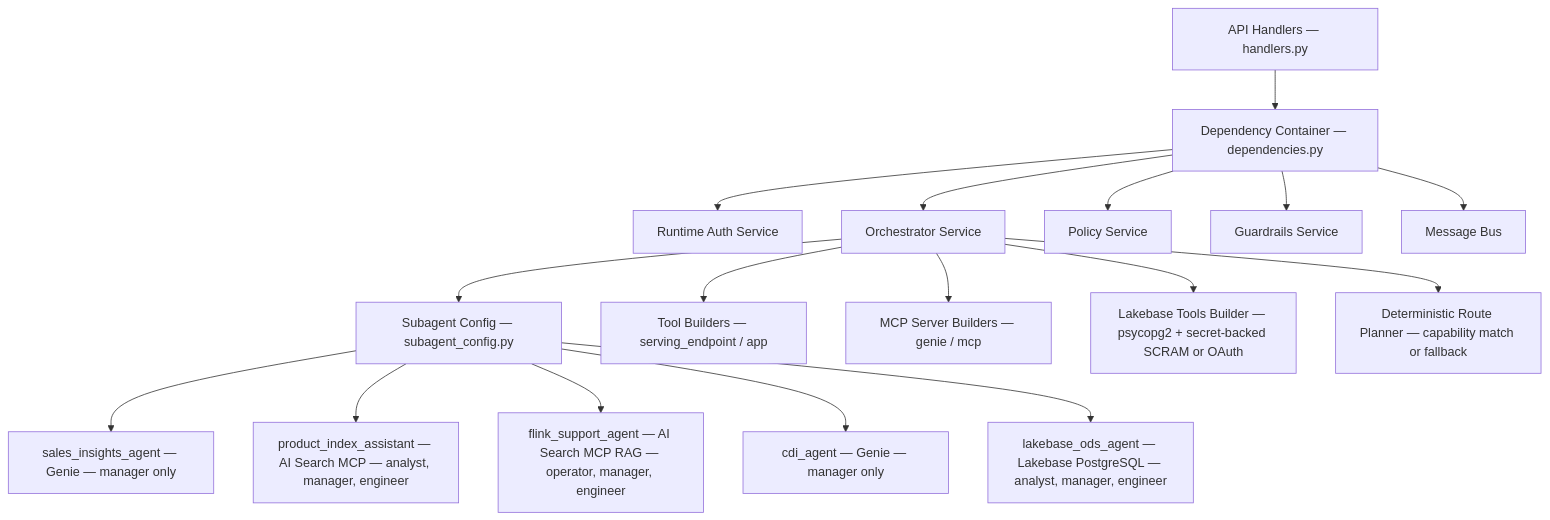
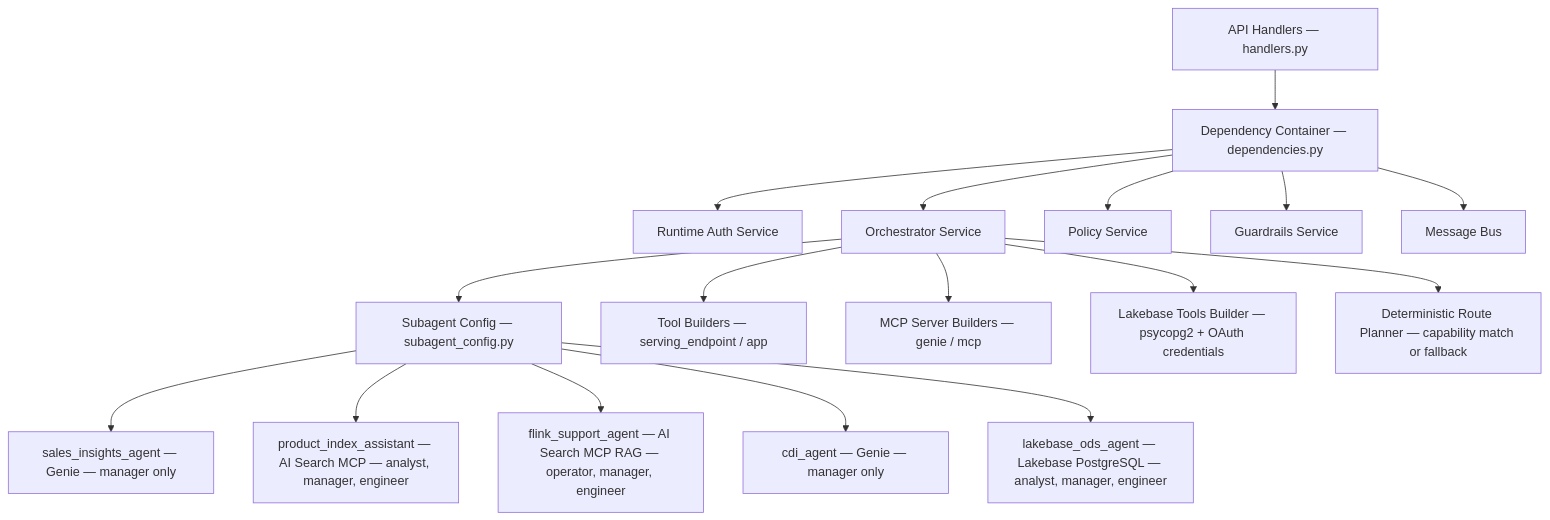
Before and after one commit to wchen-dea/Governed-Multi-Agent-Intelligence-on-Databricks: the first of 7 diagrams in docs/architecture/design-artifacts/04-logical-detailed.md, drawn with Mermaid. The commit also changed other lines of this file and 14 other files, not shown here.

````diff
--- a/docs/architecture/design-artifacts/04-logical-detailed.md
+++ b/docs/architecture/design-artifacts/04-logical-detailed.md
@@ -7,21 +7,21 @@
 ```mermaid
 flowchart TB
     H[API Handlers — handlers.py] --> D[Dependency Container — dependencies.py]
     D --> RA[Runtime Auth Service]
     D --> OR[Orchestrator Service]
     D --> PO[Policy Service]
     D --> GR[Guardrails Service]
     D --> MB[Message Bus]
 
     OR --> SC[Subagent Config — subagent_config.py]
     OR --> TL[Tool Builders — serving_endpoint / app]
     OR --> MCP[MCP Server Builders — genie / mcp]
-    OR --> LB[Lakebase Tools Builder — psycopg2 + secret-backed SCRAM or OAuth]
+    OR --> LB[Lakebase Tools Builder — psycopg2 + OAuth credentials]
     OR --> RP[Deterministic Route Planner — capability match or fallback]
 
     SC --> S1[sales_insights_agent — Genie — manager only]
     SC --> S2[product_index_assistant — AI Search MCP — analyst, manager, engineer]
     SC --> S3[flink_support_agent — AI Search MCP RAG — operator, manager, engineer]
     SC --> S4[cdi_agent — Genie — manager only]
     SC --> S5[lakebase_ods_agent — Lakebase PostgreSQL — analyst, manager, engineer]
 ```
````
